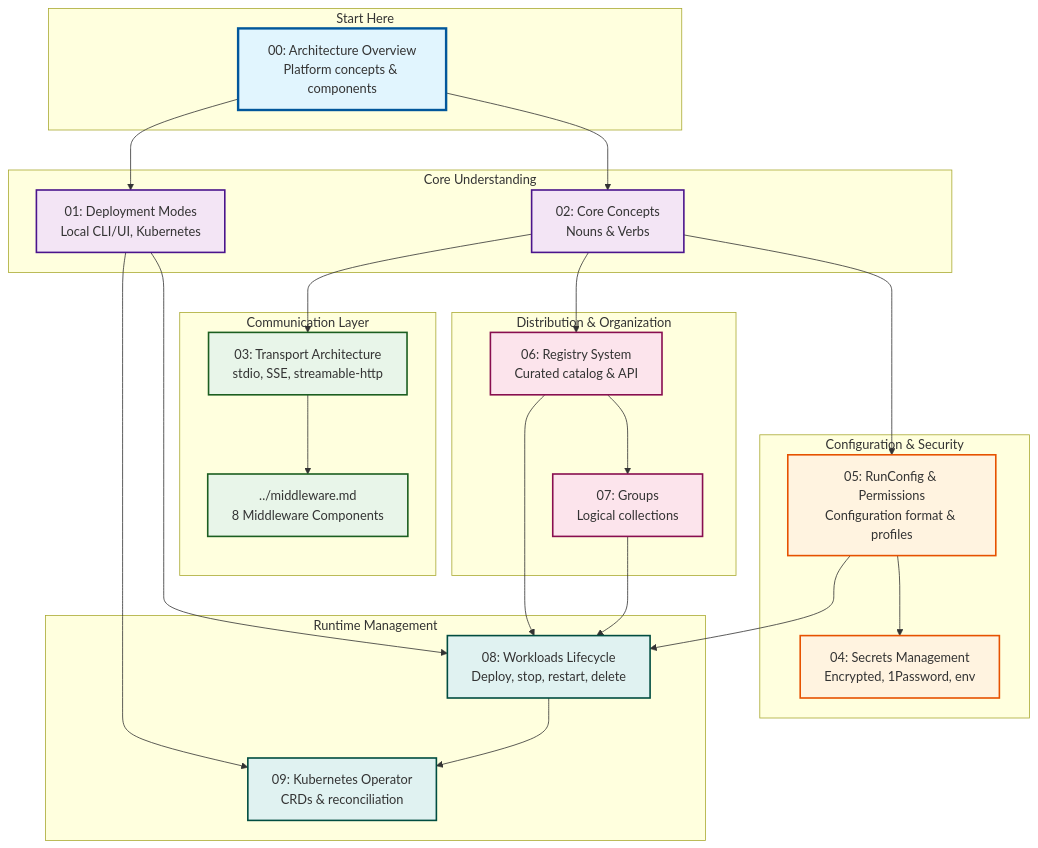
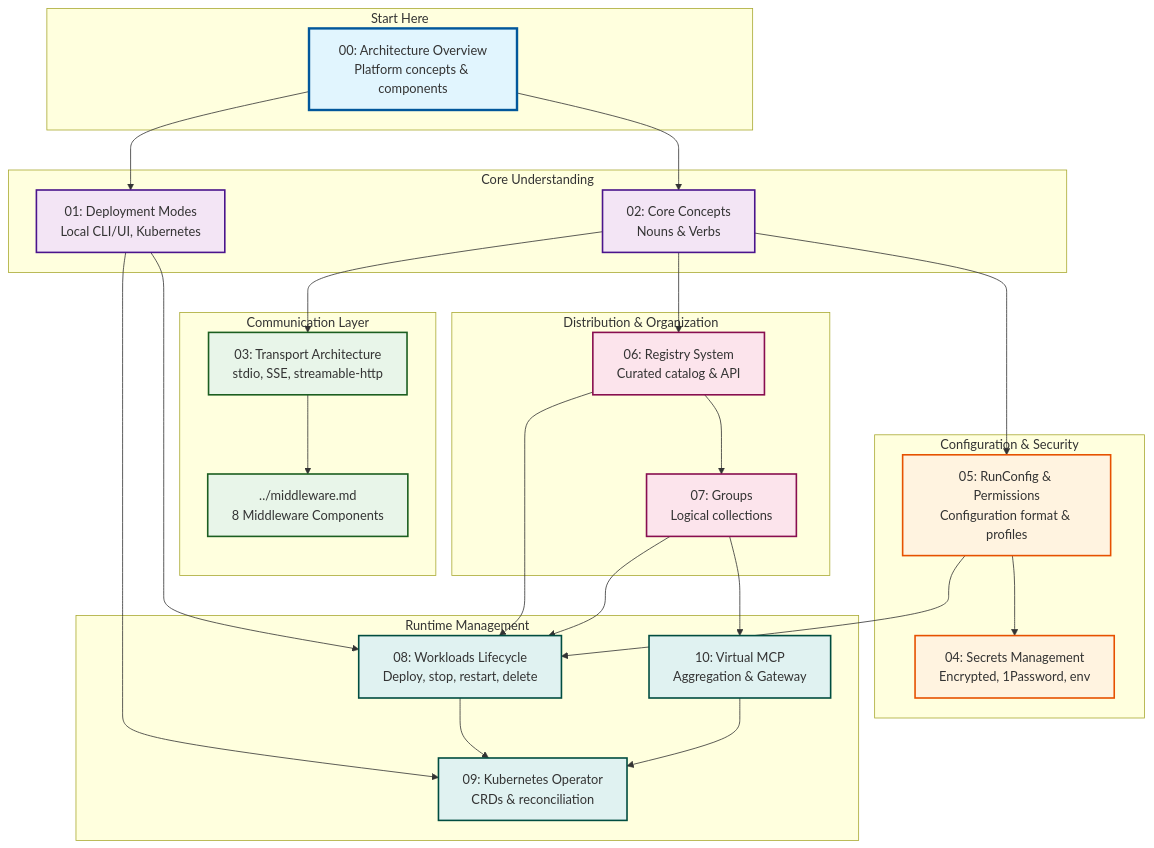
Before and after one commit to stacklok/toolhive: the diagram in docs/arch/README.md, drawn with Mermaid. The commit also changed other lines of this file and 5 other files, not shown here.

First line of the commit message:
Add Virtual MCP Server architecture documentation

````diff
--- a/docs/arch/README.md
+++ b/docs/arch/README.md
@@ -85,67 +91,71 @@
 ```mermaid
 graph TB
     subgraph "Start Here"
         Overview[00: Architecture Overview<br/>Platform concepts & components]
     end
 
     subgraph "Core Understanding"
         Concepts[02: Core Concepts<br/>Nouns & Verbs]
         Deployment[01: Deployment Modes<br/>Local CLI/UI, Kubernetes]
     end
 
     subgraph "Communication Layer"
         Transport[03: Transport Architecture<br/>stdio, SSE, streamable-http]
         Middleware[../middleware.md<br/>8 Middleware Components]
     end
 
     subgraph "Configuration & Security"
         RunConfig[05: RunConfig & Permissions<br/>Configuration format & profiles]
         Secrets[04: Secrets Management<br/>Encrypted, 1Password, env]
     end
 
     subgraph "Distribution & Organization"
         Registry[06: Registry System<br/>Curated catalog & API]
         Groups[07: Groups<br/>Logical collections]
     end
 
     subgraph "Runtime Management"
         Workloads[08: Workloads Lifecycle<br/>Deploy, stop, restart, delete]
         Operator[09: Kubernetes Operator<br/>CRDs & reconciliation]
+        vMCP[10: Virtual MCP<br/>Aggregation & Gateway]
     end
 
     %% Navigation paths
     Overview --> Concepts
     Overview --> Deployment
 
     Concepts --> Transport
     Concepts --> RunConfig
     Concepts --> Registry
 
     Deployment --> Operator
     Deployment --> Workloads
 
     Transport --> Middleware
 
     RunConfig --> Secrets
     RunConfig --> Workloads
 
     Registry --> Groups
     Registry --> Workloads
 
     Groups --> Workloads
+    Groups --> vMCP
 
     Workloads --> Operator
+    vMCP --> Operator
 
     %% Styling
     style Overview fill:#e1f5fe,stroke:#01579b,stroke-width:3px
     style Concepts fill:#f3e5f5,stroke:#4a148c,stroke-width:2px
     style Deployment fill:#f3e5f5,stroke:#4a148c,stroke-width:2px
     style Transport fill:#e8f5e9,stroke:#1b5e20,stroke-width:2px
     style Middleware fill:#e8f5e9,stroke:#1b5e20,stroke-width:2px
     style RunConfig fill:#fff3e0,stroke:#e65100,stroke-width:2px
     style Secrets fill:#fff3e0,stroke:#e65100,stroke-width:2px
     style Registry fill:#fce4ec,stroke:#880e4f,stroke-width:2px
     style Groups fill:#fce4ec,stroke:#880e4f,stroke-width:2px
     style Workloads fill:#e0f2f1,stroke:#004d40,stroke-width:2px
     style Operator fill:#e0f2f1,stroke:#004d40,stroke-width:2px
+    style vMCP fill:#e0f2f1,stroke:#004d40,stroke-width:2px
 ```
````
